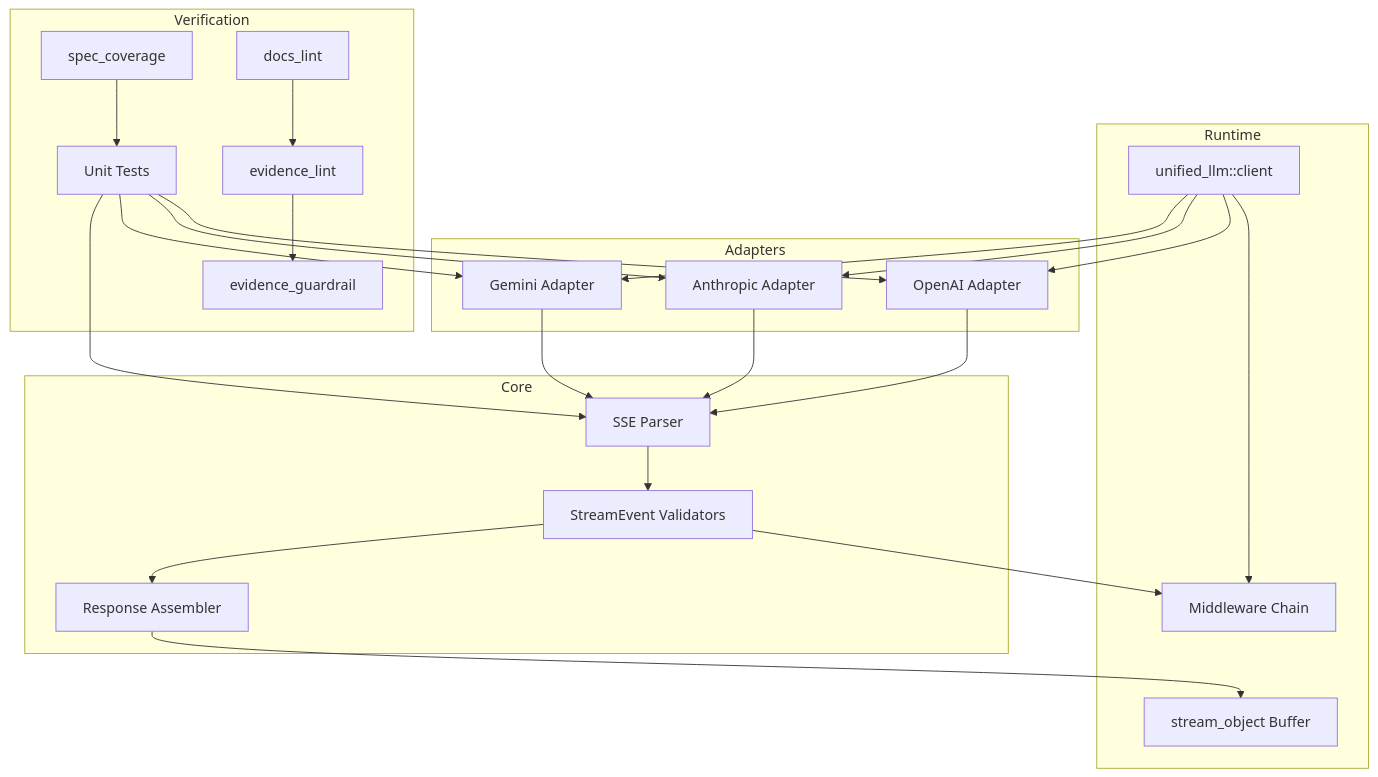
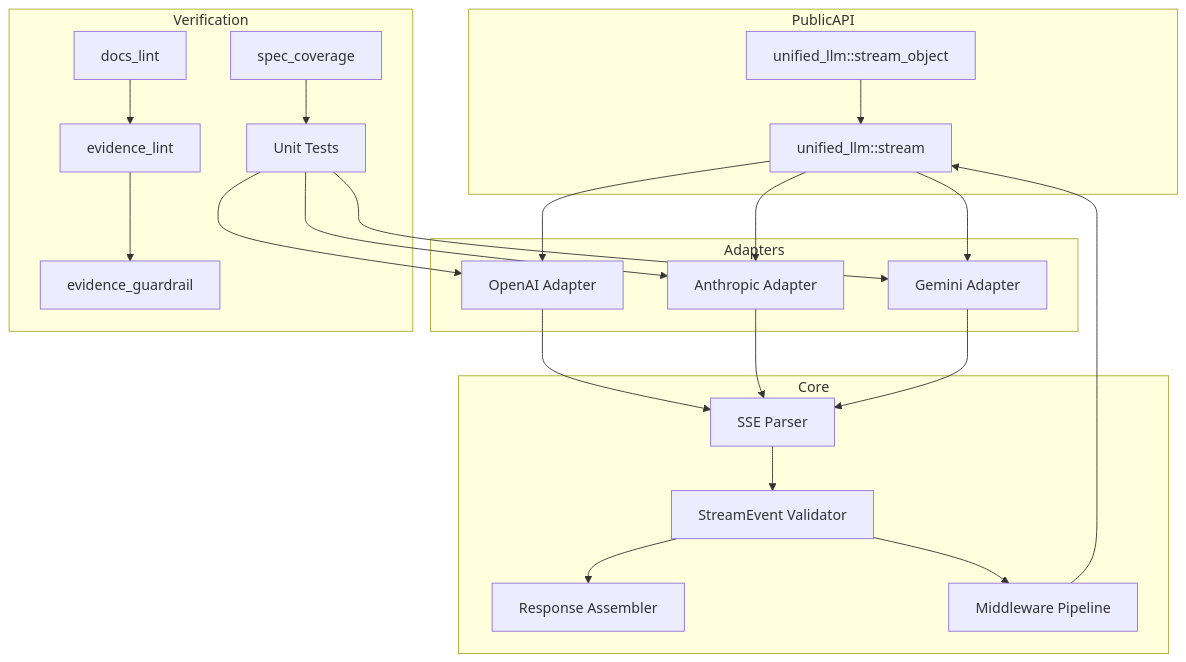
The fifth of 5 diagrams in docs/sprints/SPRINT-005-comprehensive-implementation-plan.md (jaytaylor/attractor-tcl), drawn with Mermaid before and after one commit. The commit also changed other lines of this file, not shown here.

````diff
--- a/docs/sprints/SPRINT-005-comprehensive-implementation-plan.md
+++ b/docs/sprints/SPRINT-005-comprehensive-implementation-plan.md
@@ -659,47 +1712,46 @@
 ```mermaid
 flowchart TB
-  subgraph Runtime
-    U[unified_llm::client]
-    M[Middleware Chain]
-    O[stream_object Buffer]
+  subgraph PublicAPI
+    U[unified_llm::stream]
+    O[unified_llm::stream_object]
   end
 
   subgraph Adapters
     OA[OpenAI Adapter]
     AN[Anthropic Adapter]
     GE[Gemini Adapter]
   end
 
   subgraph Core
     SP[SSE Parser]
-    EV[StreamEvent Validators]
+    EV[StreamEvent Validator]
     RA[Response Assembler]
+    MW[Middleware Pipeline]
   end
 
   subgraph Verification
     UT[Unit Tests]
     SC[spec_coverage]
     DL[docs_lint]
     EL[evidence_lint]
     EG[evidence_guardrail]
   end
 
-  U --> M
   U --> OA
   U --> AN
   U --> GE
+  O --> U
   OA --> SP
   AN --> SP
   GE --> SP
   SP --> EV
-  EV --> M
   EV --> RA
-  RA --> O
+  EV --> MW
+  MW --> U
   UT --> OA
   UT --> AN
   UT --> GE
-  UT --> SP
   SC --> UT
   DL --> EL
   EL --> EG
 ```
````
